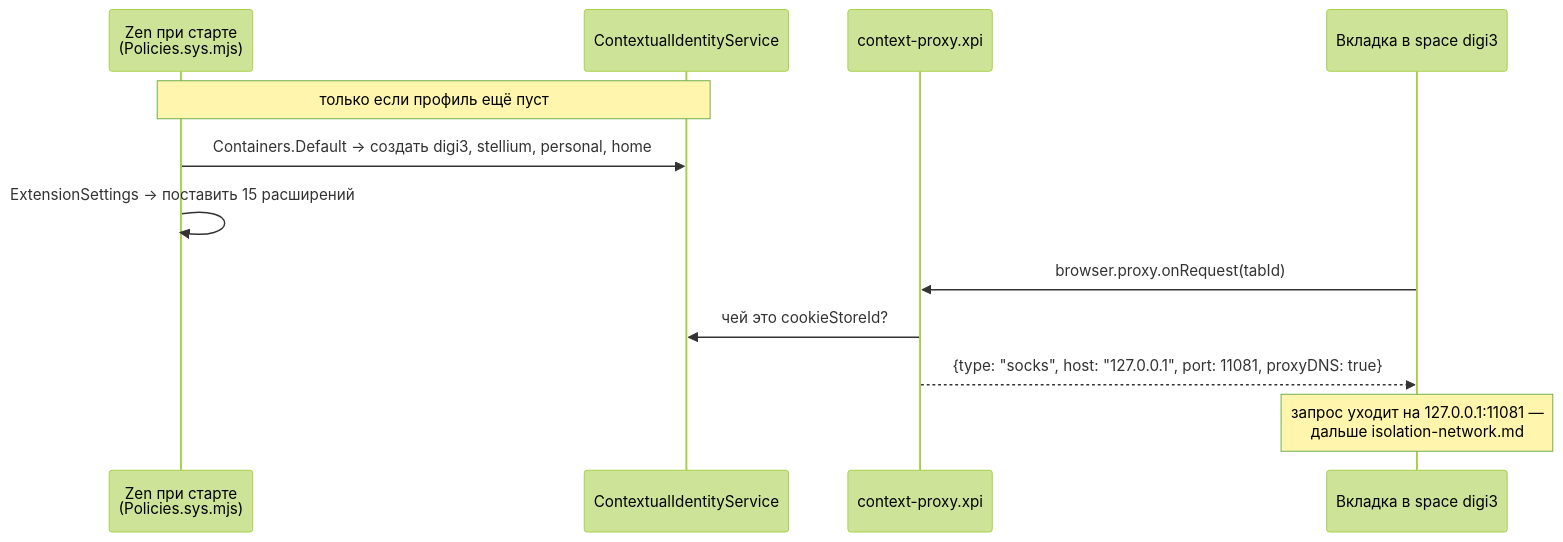
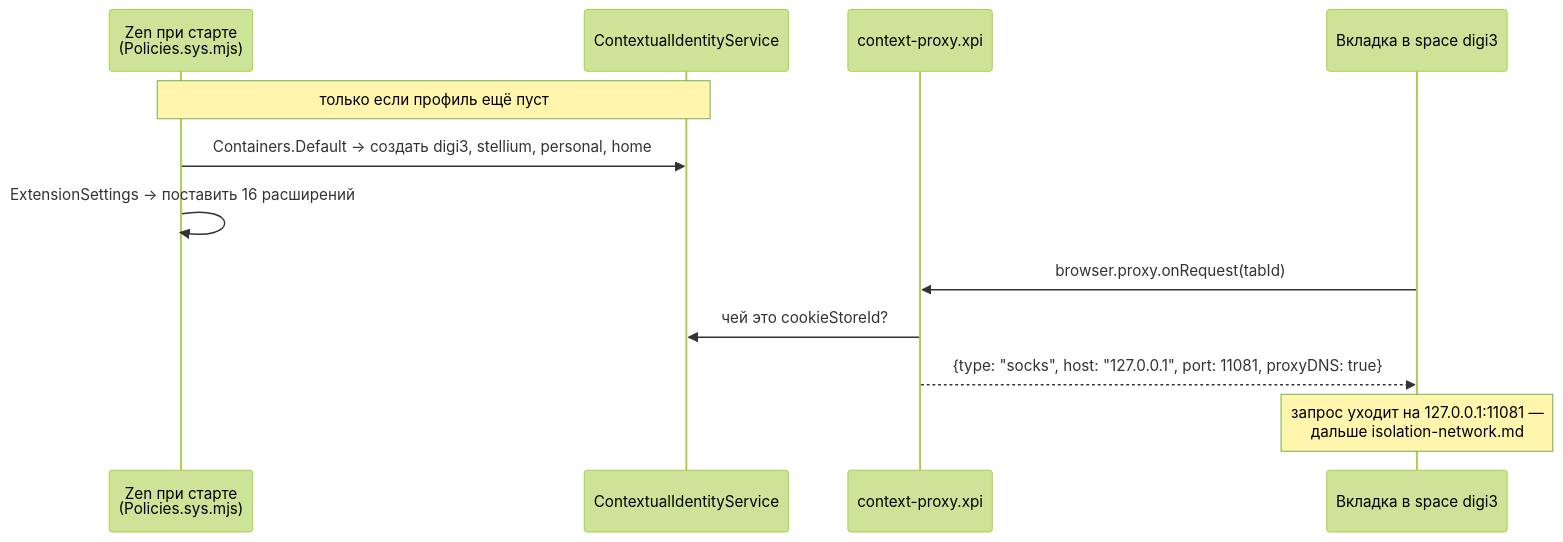
Before and after one commit to stpntkhnv/dotfiles: the second of 2 diagrams in docs/isolation-browser.md, drawn with Mermaid (forest theme). The commit also changed other lines of this file and 2 other files, not shown here.

````diff
--- a/docs/isolation-browser.md
+++ b/docs/isolation-browser.md
@@ -90,16 +90,16 @@
 ```mermaid
 sequenceDiagram
     participant P as Zen при старте<br/>(Policies.sys.mjs)
     participant CI as ContextualIdentityService
     participant CP as context-proxy.xpi
     participant T as Вкладка в space digi3
 
     Note over P,CI: только если профиль ещё пуст
     P->>CI: Containers.Default → создать digi3, stellium, personal, home
-    P->>P: ExtensionSettings → поставить 15 расширений
+    P->>P: ExtensionSettings → поставить 16 расширений
 
     T->>CP: browser.proxy.onRequest(tabId)
     CP->>CI: чей это cookieStoreId?
     CP-->>T: {type: "socks", host: "127.0.0.1", port: 11081, proxyDNS: true}
     Note over T: запрос уходит на 127.0.0.1:11081 —<br/>дальше isolation-network.md
 ```
````
